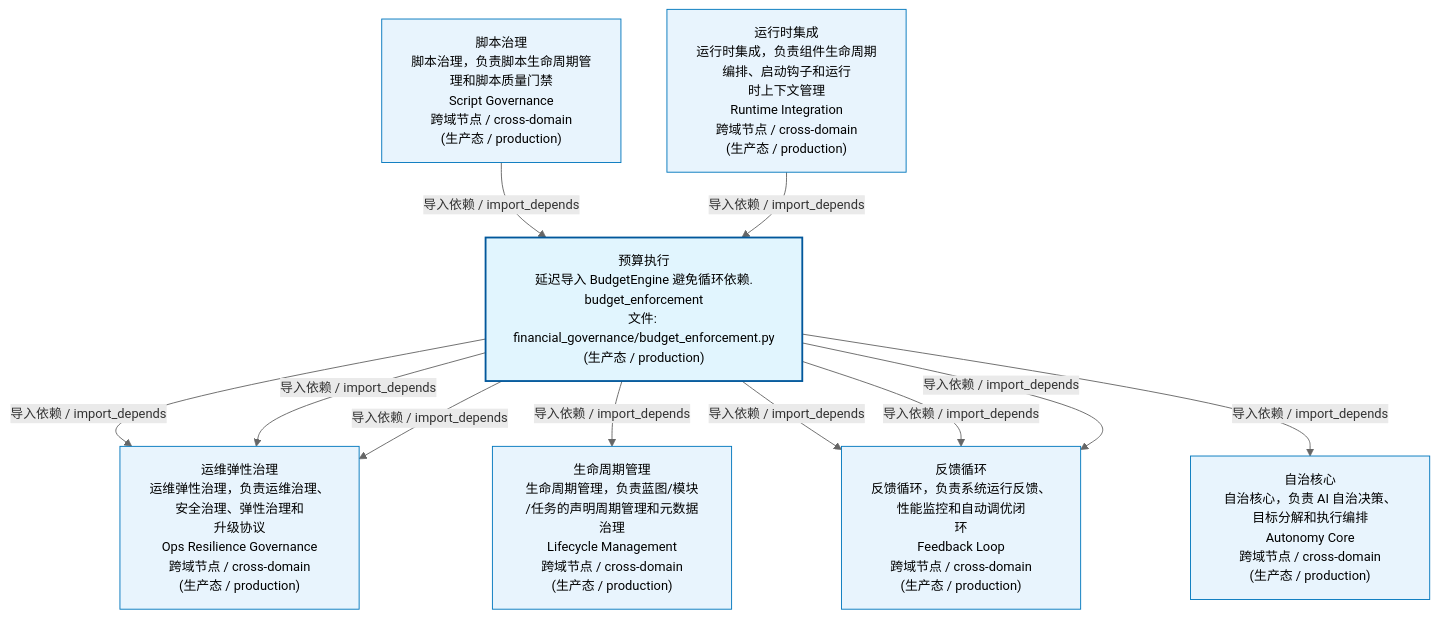
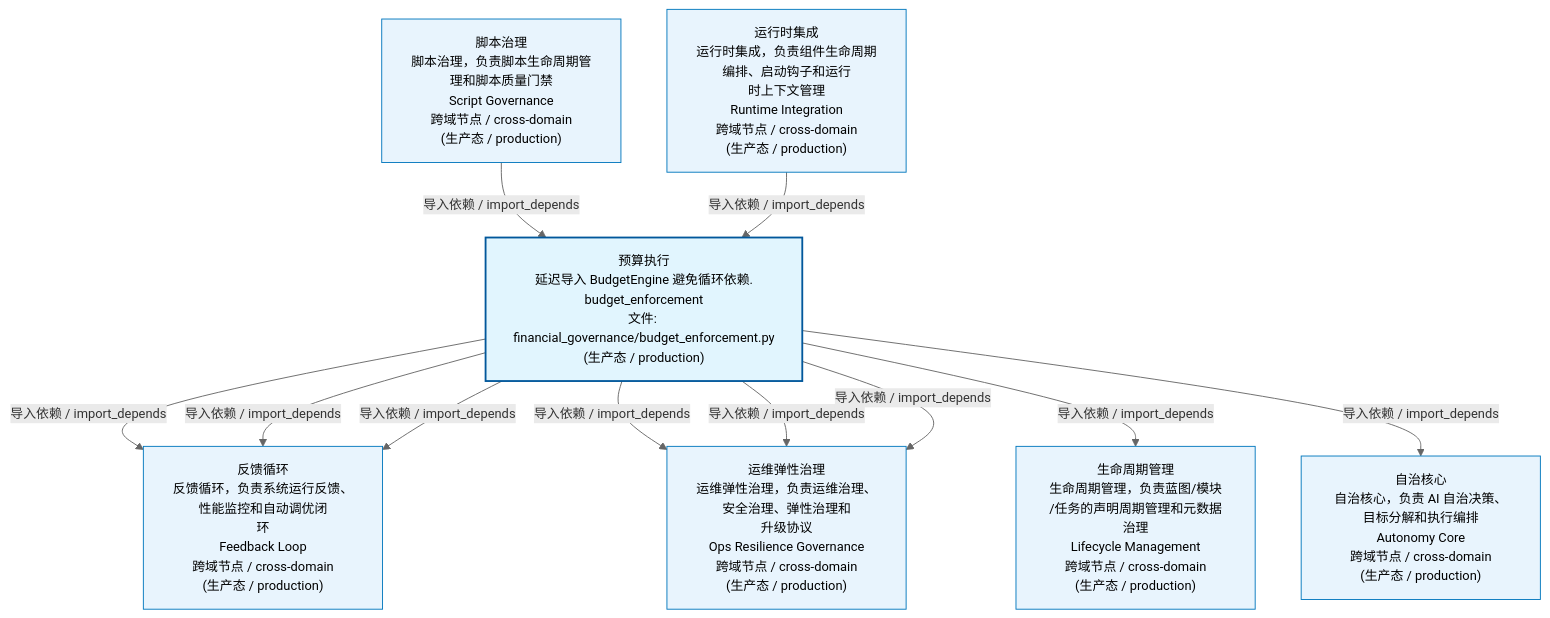
One commit to xuanFelixVan/ZephyrAlpha changed the first of 3 diagrams in docs/02_enterprise_architecture/02_domain_architecture_docs/54_d_gov_repair.md. Above: the diagram before and after it, drawn with Mermaid. The commit also changed 61 other files, not shown here.

````diff
--- a/docs/02_enterprise_architecture/02_domain_architecture_docs/54_d_gov_repair.md
+++ b/docs/02_enterprise_architecture/02_domain_architecture_docs/54_d_gov_repair.md
@@ -53,27 +53,27 @@
 ```mermaid
 %%{init: {'theme': 'base', 'themeVariables': {'primaryColor': '#eaeaea', 'primaryTextColor': '#333333', 'primaryBorderColor': '#666666', 'lineColor': '#666666', 'secondaryColor': '#eaeaea', 'tertiaryColor': '#eaeaea', 'fontSize': '14px'}}}%%
 flowchart TD
     src_zephyr_governance_financial_governance_budget_enforcement_py["预算执行<br/>延迟导入 BudgetEngine 避免循环依赖.<br/>budget_enforcement<br/>文件: financial_governance/budget_enforcement.py<br/>(生产态 / production)"]
+    D_OPS["反馈循环<br/>反馈循环，负责系统运行反馈、性能监控和自动调优闭<br/>环<br/>Feedback Loop<br/>跨域节点 / cross-domain<br/>(生产态 / production)"]
+    src_zephyr_governance_financial_governance_budget_enforcement_py -->|导入依赖 / import_depends| D_OPS
     D_GOV_OPS_RESILIENCE["运维弹性治理<br/>运维弹性治理，负责运维治理、安全治理、弹性治理和<br/>升级协议<br/>Ops Resilience Governance<br/>跨域节点 / cross-domain<br/>(生产态 / production)"]
     src_zephyr_governance_financial_governance_budget_enforcement_py -->|导入依赖 / import_depends| D_GOV_OPS_RESILIENCE
     src_zephyr_governance_financial_governance_budget_enforcement_py -->|导入依赖 / import_depends| D_GOV_OPS_RESILIENCE
     D_GOVERNANCE["生命周期管理<br/>生命周期管理，负责蓝图/模块<br/>/任务的声明周期管理和元数据治理<br/>Lifecycle Management<br/>跨域节点 / cross-domain<br/>(生产态 / production)"]
     src_zephyr_governance_financial_governance_budget_enforcement_py -->|导入依赖 / import_depends| D_GOVERNANCE
-    D_OPS["反馈循环<br/>反馈循环，负责系统运行反馈、性能监控和自动调优闭<br/>环<br/>Feedback Loop<br/>跨域节点 / cross-domain<br/>(生产态 / production)"]
     src_zephyr_governance_financial_governance_budget_enforcement_py -->|导入依赖 / import_depends| D_OPS
     D_AUTONOMY_CORE["自治核心<br/>自治核心，负责 AI 自治决策、目标分解和执行编排<br/>Autonomy Core<br/>跨域节点 / cross-domain<br/>(生产态 / production)"]
     src_zephyr_governance_financial_governance_budget_enforcement_py -->|导入依赖 / import_depends| D_AUTONOMY_CORE
     src_zephyr_governance_financial_governance_budget_enforcement_py -->|导入依赖 / import_depends| D_OPS
     src_zephyr_governance_financial_governance_budget_enforcement_py -->|导入依赖 / import_depends| D_GOV_OPS_RESILIENCE
-    src_zephyr_governance_financial_governance_budget_enforcement_py -->|导入依赖 / import_depends| D_OPS
     D_GOV_SCRIPTS["脚本治理<br/>脚本治理，负责脚本生命周期管理和脚本质量门禁<br/>Script Governance<br/>跨域节点 / cross-domain<br/>(生产态 / production)"]
     D_GOV_SCRIPTS -->|导入依赖 / import_depends| src_zephyr_governance_financial_governance_budget_enforcement_py
     D_INFRA_RUNTIME["运行时集成<br/>运行时集成，负责组件生命周期编排、启动钩子和运行<br/>时上下文管理<br/>Runtime Integration<br/>跨域节点 / cross-domain<br/>(生产态 / production)"]
     D_INFRA_RUNTIME -->|导入依赖 / import_depends| src_zephyr_governance_financial_governance_budget_enforcement_py
     classDef production fill:#e1f5fe,stroke:#01579b,stroke-width:2px,color:#000
     classDef design fill:#fff3e0,stroke:#e65100,stroke-width:2px,color:#000,stroke-dasharray: 5 5
     classDef external_prod fill:#e8f4fd,stroke:#0277bd,stroke-width:1px,color:#000
     classDef external_design fill:#fff8e7,stroke:#ef6c00,stroke-width:1px,color:#000,stroke-dasharray: 5 5
     class src_zephyr_governance_financial_governance_budget_enforcement_py production
-    class D_GOV_OPS_RESILIENCE,D_GOVERNANCE,D_OPS,D_AUTONOMY_CORE,D_GOV_SCRIPTS,D_INFRA_RUNTIME external_prod
+    class D_OPS,D_GOV_OPS_RESILIENCE,D_GOVERNANCE,D_AUTONOMY_CORE,D_GOV_SCRIPTS,D_INFRA_RUNTIME external_prod
 ```
````
